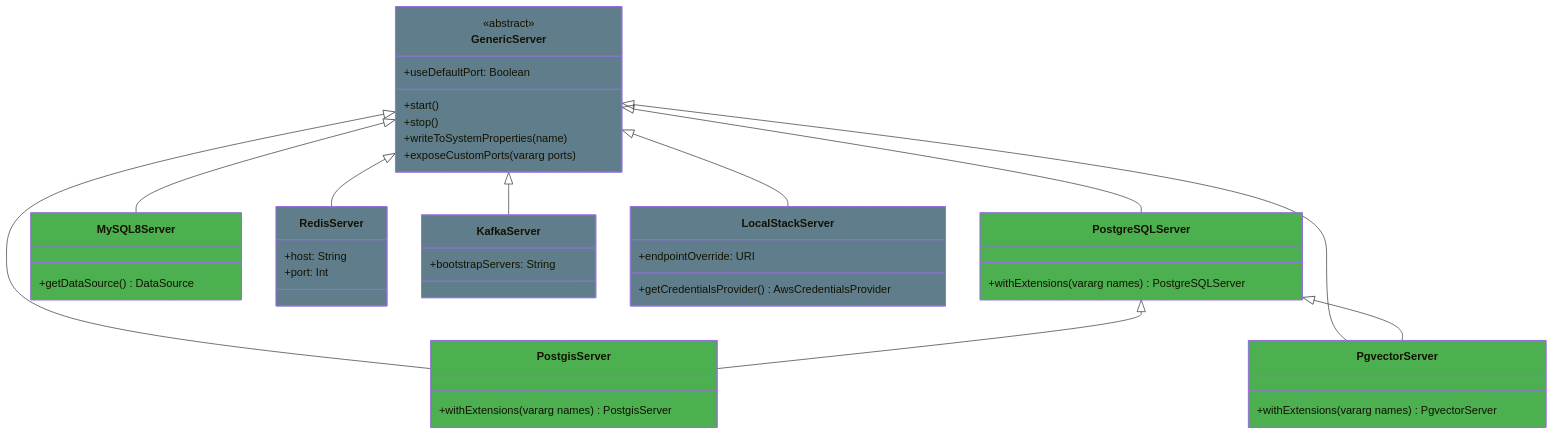
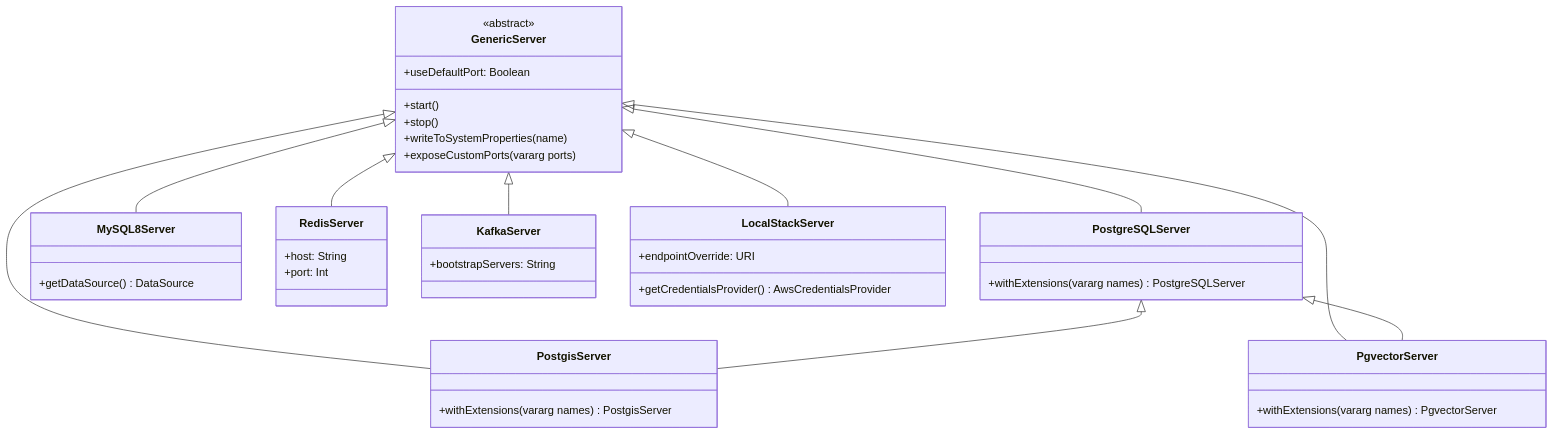
The second of 3 diagrams in testing/testcontainers/README.md (bluetape4k/bluetape4k-projects), drawn with Mermaid before and after one commit. The commit also changed 95 other files, not shown here.

First line of the commit message:
docs: Mermaid 파서 오류 전체 수정 (IntelliJ IDEA 호환)

````diff
--- a/testing/testcontainers/README.md
+++ b/testing/testcontainers/README.md
@@ -184,47 +184,45 @@
 ```mermaid
 classDiagram
-    class GenericServer:::infraStyle {
+    class GenericServer {
         <<abstract>>
         +useDefaultPort: Boolean
         +start()
         +stop()
         +writeToSystemProperties(name)
         +exposeCustomPorts(vararg ports)
     }
-    class PostgreSQLServer:::serviceStyle {
+    class PostgreSQLServer {
         +withExtensions(vararg names) PostgreSQLServer
     }
-    class PostgisServer:::serviceStyle {
+    class PostgisServer {
         +withExtensions(vararg names) PostgisServer
     }
-    class PgvectorServer:::serviceStyle {
+    class PgvectorServer {
         +withExtensions(vararg names) PgvectorServer
     }
-    class MySQL8Server:::serviceStyle {
+    class MySQL8Server {
         +getDataSource() DataSource
     }
-    class RedisServer:::infraStyle {
+    class RedisServer {
         +host: String
         +port: Int
     }
-    class KafkaServer:::infraStyle {
+    class KafkaServer {
         +bootstrapServers: String
     }
-    class LocalStackServer:::infraStyle {
+    class LocalStackServer {
         +endpointOverride: URI
         +getCredentialsProvider() AwsCredentialsProvider
     }
 
     GenericServer <|-- PostgreSQLServer
     GenericServer <|-- PostgisServer
     GenericServer <|-- PgvectorServer
     GenericServer <|-- MySQL8Server
     GenericServer <|-- RedisServer
     GenericServer <|-- KafkaServer
     GenericServer <|-- LocalStackServer
     PostgreSQLServer <|-- PostgisServer
     PostgreSQLServer <|-- PgvectorServer
 
-    classDef infraStyle   fill:#607D8B
-    classDef serviceStyle fill:#4CAF50
 ```
````
